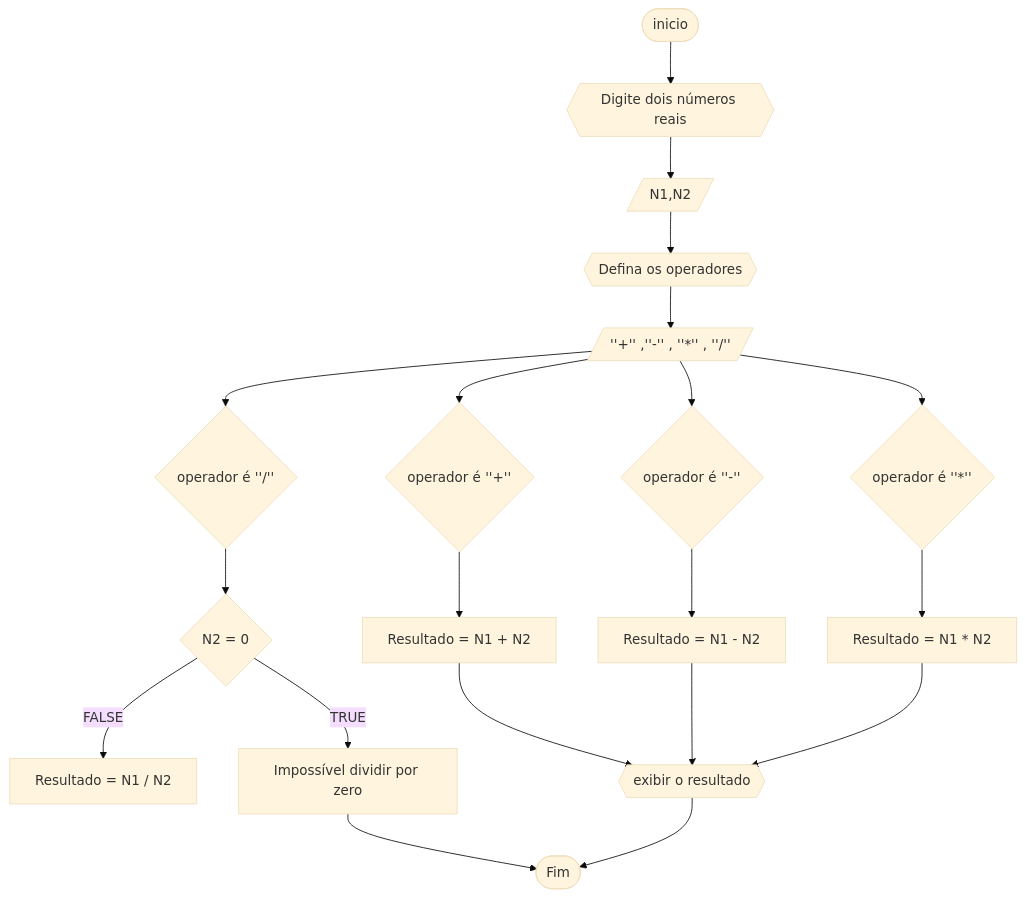
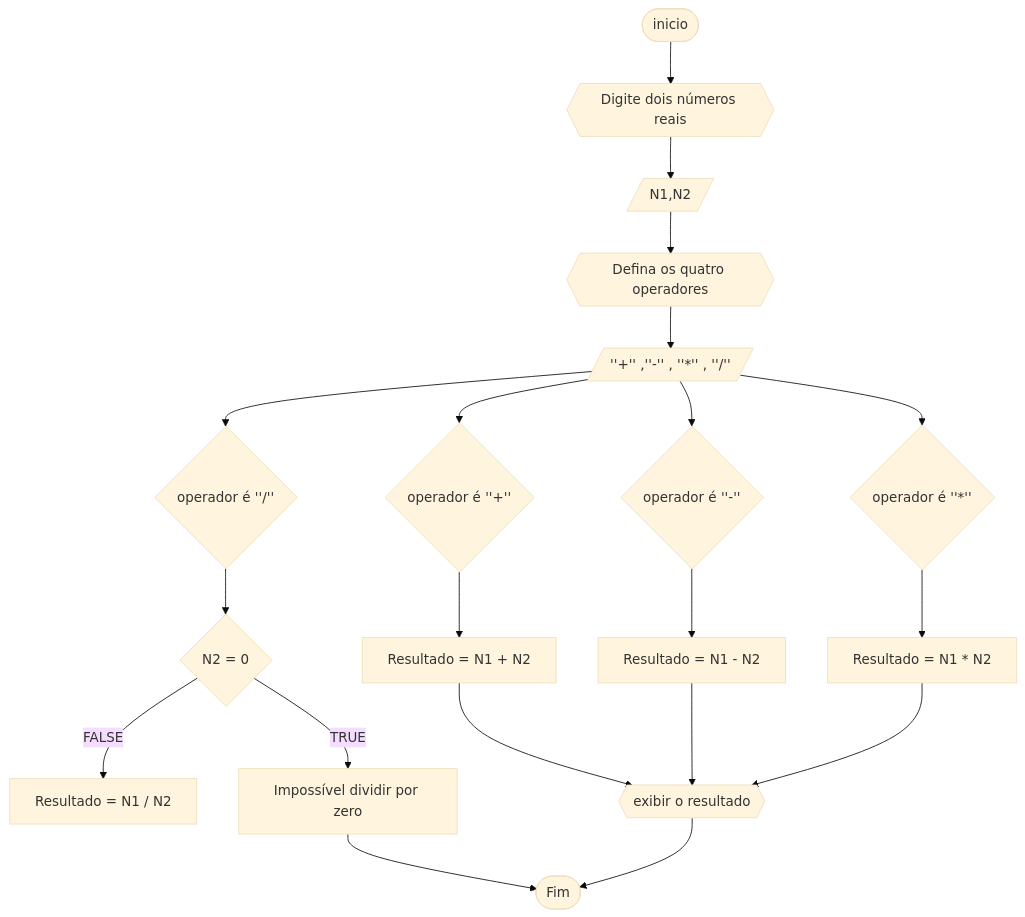
Before and after one commit to Kremmydi/unifor: the third of 5 diagrams in RLA/Unidade1/Resolução_lista2.md, drawn with Mermaid (base theme).

````diff
--- a/RLA/Unidade1/Resolução_lista2.md
+++ b/RLA/Unidade1/Resolução_lista2.md
@@ -88,23 +88,23 @@
 ```mermaid
 flowchart TD
 A([inicio]) --> B{{Digite dois números reais}}
 B --> C[/N1,N2/]
-C --> D{{Defina os operadores}}
+C --> D{{Defina os quatro operadores}}
 D --> E[/''+'' ,''-'' , ''*'' , ''/'' /]
 E --> F{operador é ''+''}
 E --> G{operador é ''-''}
 E --> H{operador é ''*''}
 E --> I{operador é ''/''}
 F --> J[Resultado = N1 + N2]
 G --> K[Resultado = N1 - N2]
 H --> L[Resultado = N1 * N2]
 I --> M{N2 = 0}
 M --FALSE--> N[Resultado = N1 / N2]
 M --TRUE--> O[Impossível dividir por zero]
 O --> P([Fim])
 J --> Q{{exibir o resultado}}
 K --> Q
 L --> Q
 Q --> P
 
 ```
````
